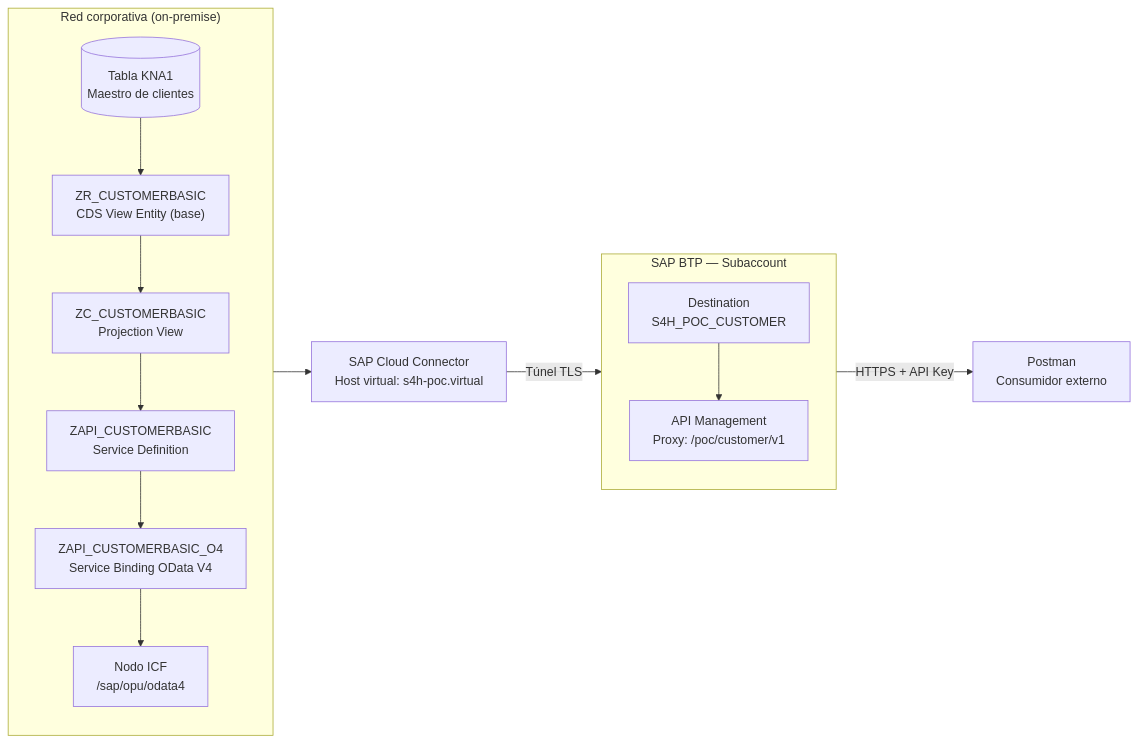
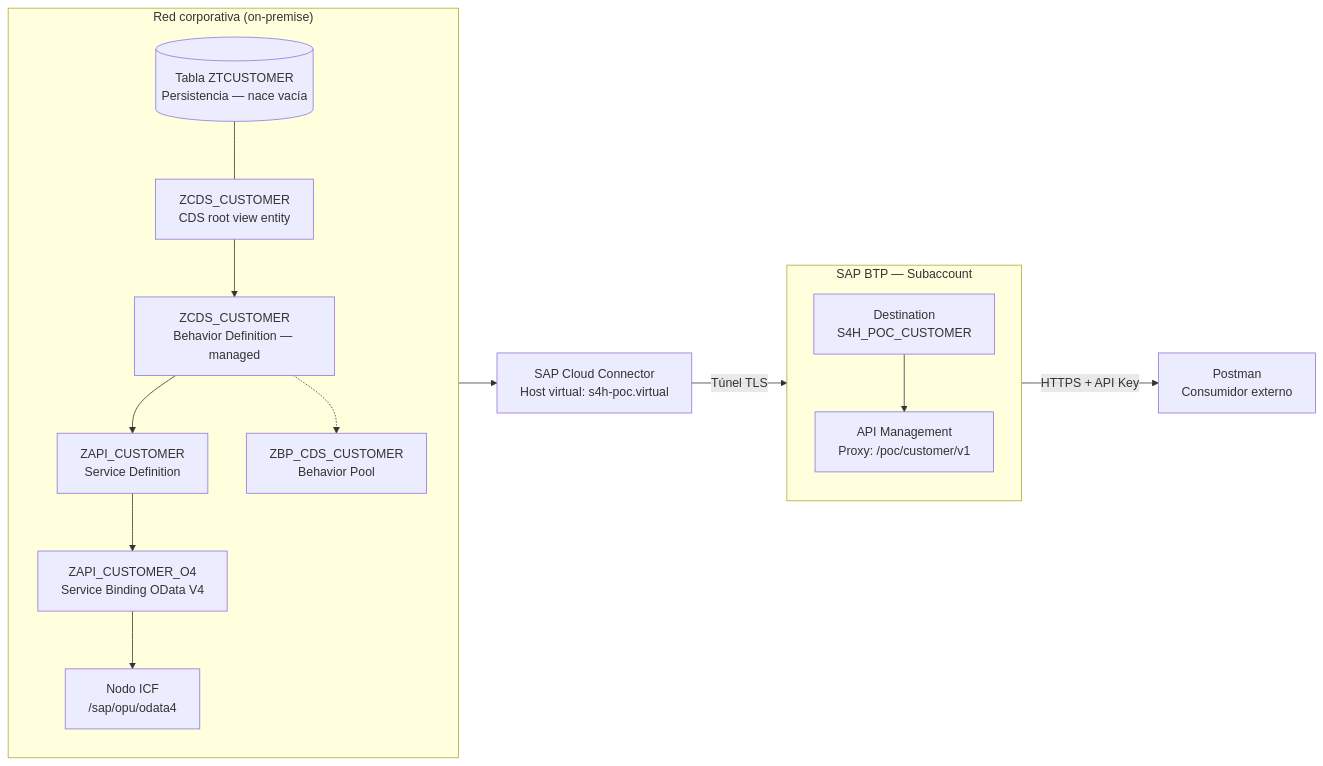
Before and after one commit to feliperdz70-hash/Oneconnect_ECC: the diagram in docs/ET-001-PoC-CDS-RAP-BTP-Postman.md, drawn with Mermaid. The commit also changed other lines of this file and 1 other file, not shown here.

````diff
--- a/docs/ET-001-PoC-CDS-RAP-BTP-Postman.md
+++ b/docs/ET-001-PoC-CDS-RAP-BTP-Postman.md
@@ -89,28 +117,30 @@
 ```mermaid
 flowchart LR
     subgraph ONPREM["Red corporativa (on-premise)"]
         direction TB
-        KNA1[("Tabla KNA1<br/>Maestro de clientes")]
-        CDS["ZR_CUSTOMERBASIC<br/>CDS View Entity (base)"]
-        PROJ["ZC_CUSTOMERBASIC<br/>Projection View"]
-        SRVD["ZAPI_CUSTOMERBASIC<br/>Service Definition"]
-        SRVB["ZAPI_CUSTOMERBASIC_O4<br/>Service Binding OData V4"]
+        TAB[("Tabla ZTCUSTOMER<br/>Persistencia — nace vacía")]
+        CDS["ZCDS_CUSTOMER<br/>CDS root view entity"]
+        BDEF["ZCDS_CUSTOMER<br/>Behavior Definition — managed"]
+        POOL["ZBP_CDS_CUSTOMER<br/>Behavior Pool"]
+        SRVD["ZAPI_CUSTOMER<br/>Service Definition"]
+        SRVB["ZAPI_CUSTOMER_O4<br/>Service Binding OData V4"]
         ICF["Nodo ICF<br/>/sap/opu/odata4"]
-        KNA1 --> CDS --> PROJ --> SRVD --> SRVB --> ICF
+        TAB --- CDS --> BDEF --> SRVD --> SRVB --> ICF
+        BDEF -.-> POOL
     end
 
     CC["SAP Cloud Connector<br/>Host virtual: s4h-poc.virtual"]
 
     subgraph BTP["SAP BTP — Subaccount"]
         direction TB
         DEST["Destination<br/>S4H_POC_CUSTOMER"]
         APIM["API Management<br/>Proxy: /poc/customer/v1"]
         DEST --> APIM
     end
 
     PM["Postman<br/>Consumidor externo"]
 
     ICF --> CC
     CC -->|Túnel TLS| DEST
     APIM -->|HTTPS + API Key| PM
 ```
````
